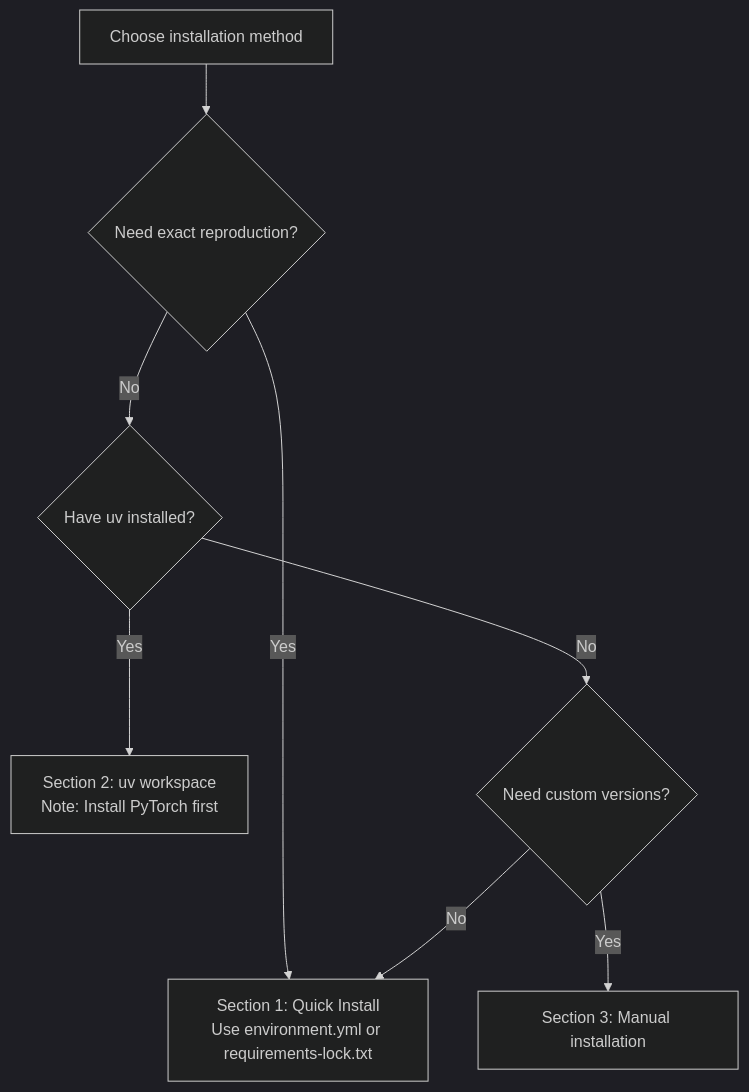
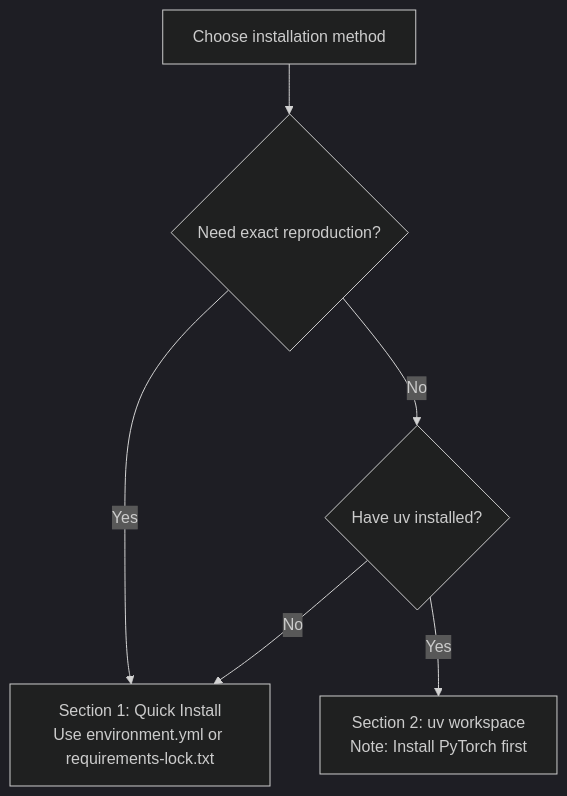
The diagram in docs/en/getting-started/installation.md (EI-Nav/NavArena-Doc), drawn with Mermaid (dark theme) before and after one commit. The commit also changed other lines of this file and 3 other files, not shown here.

````diff
--- a/docs/en/getting-started/installation.md
+++ b/docs/en/getting-started/installation.md
@@ -25,10 +25,8 @@
 ```mermaid
 flowchart TD
     Start[Choose installation method] --> Q1{Need exact reproduction?}
     Q1 -->|Yes| Lock[Section 1: Quick Install\nUse environment.yml or requirements-lock.txt]
     Q1 -->|No| Q2{Have uv installed?}
     Q2 -->|Yes| UV[Section 2: uv workspace\nNote: Install PyTorch first]
-    Q2 -->|No| Q3{Need custom versions?}
-    Q3 -->|Yes| Manual[Section 3: Manual installation]
-    Q3 -->|No| Lock
+    Q2 -->|No| Lock
 ```
````
